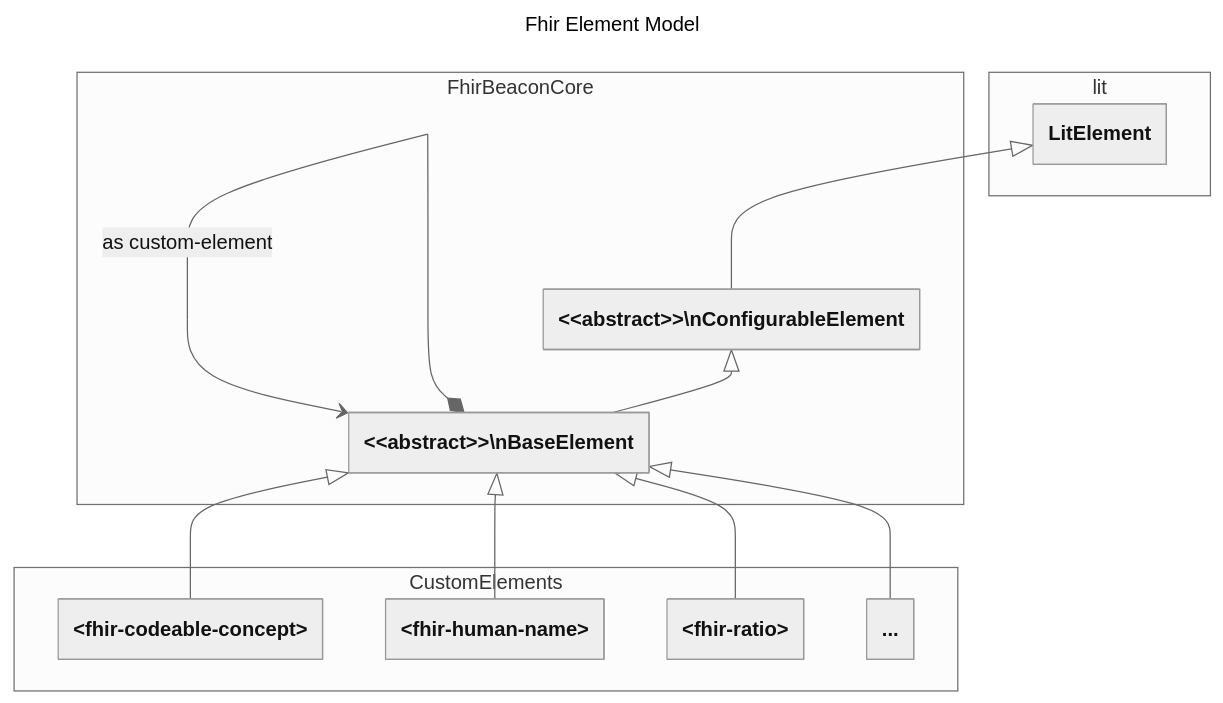
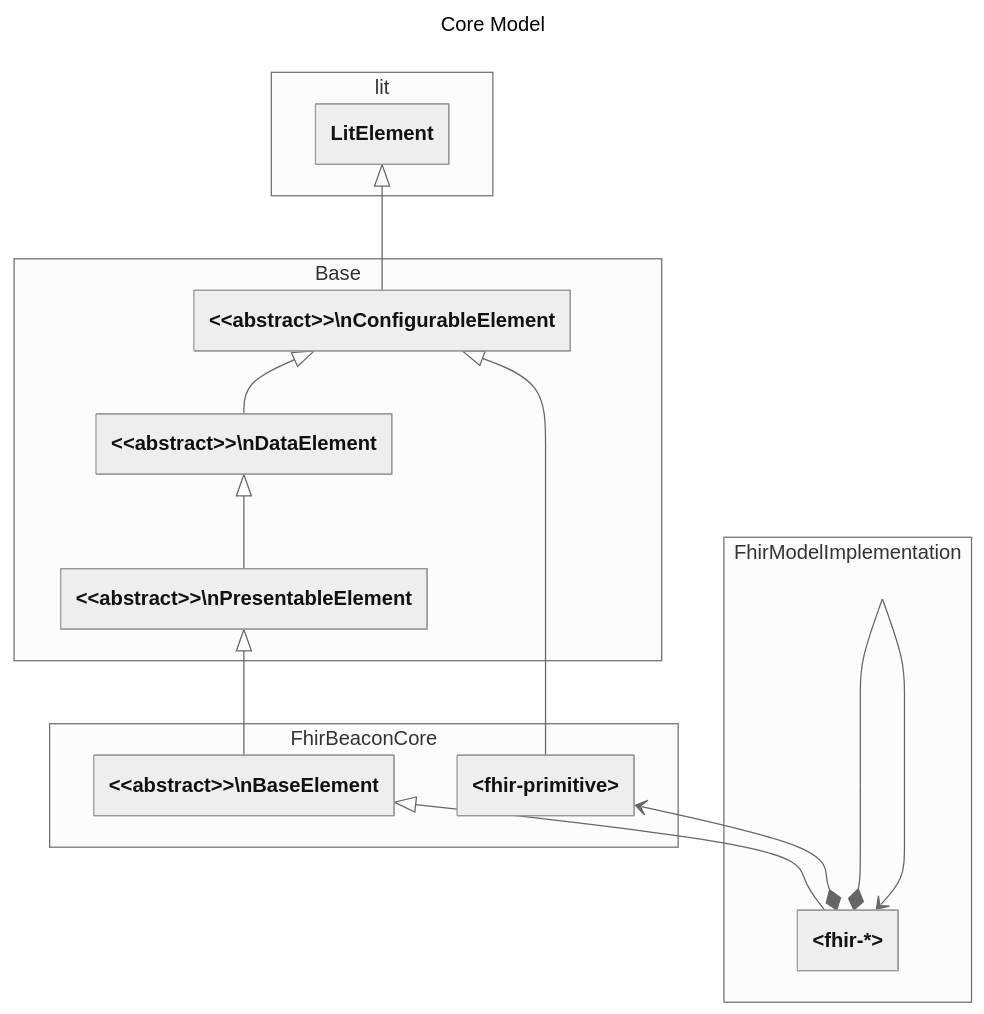
Before and after one commit to zenwork/fhir-beacon: the first of 5 diagrams in packages/library/docs/model.md, drawn with Mermaid. The commit also changed other lines of this file, not shown here.

````diff
--- a/packages/library/docs/model.md
+++ b/packages/library/docs/model.md
@@ -15,37 +7,43 @@
 ```mermaid
 ---
-title: Fhir Element Model
+title: Core Model
 config:
   theme: neutral
   class:
     hideEmptyMembersBox: true
 ---
 classDiagram
     direction BT
 
     namespace lit {
         class LitElement:::dep
     }
 
-    namespace FhirBeaconCore {
+    namespace Base {
         class ConfigurableElement["&lt;&lt;abstract&gt;&gt;\nConfigurableElement"]:::base
-        class BaseElement["&lt;&lt;abstract&gt;&gt;\nBaseElement"]:::base
+        class DataElement["&lt;&lt;abstract&gt;&gt;\nDataElement"]:::base
+        class PresentableElement["&lt;&lt;abstract&gt;&gt;\nPresentableElement"]:::base
     }
 
-    namespace CustomElements {
-        class CodeableConcept["&lt;fhir-codeable-concept&gt;"]:::cmp
-        class HumanName["&lt;fhir-human-name&gt;"]:::cmp
-        class Ratio["&lt;fhir-ratio&gt;"]:::cmp
-        class Etc2["..."]:::cmp
+    namespace FhirBeaconCore {
+        class BaseElement["&lt;&lt;abstract&gt;&gt;\nBaseElement"]:::base
+
+        class Primitive["&lt;fhir-primitive&gt;"]:::prim
+    }
+
+    namespace FhirModelImplementation {
+        class FhirModelImpl["&lt;fhir-*&gt;"]:::base
     }
 
     ConfigurableElement --|> LitElement
-    BaseElement --|> ConfigurableElement
-    BaseElement <--* BaseElement: as custom-element
-    CodeableConcept --|> BaseElement
-    HumanName --|> BaseElement
-    Ratio --|> BaseElement
-    Etc2 --|> BaseElement
+    DataElement --|> ConfigurableElement
+    PresentableElement --|> DataElement
+    BaseElement --|> PresentableElement
+    Primitive --|> ConfigurableElement
+    FhirModelImpl --|> BaseElement
+    FhirModelImpl *--> FhirModelImpl
+    FhirModelImpl *--> Primitive
+
 
 
 ```
````
